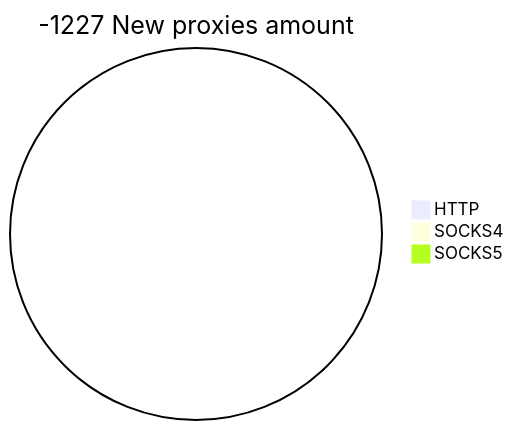
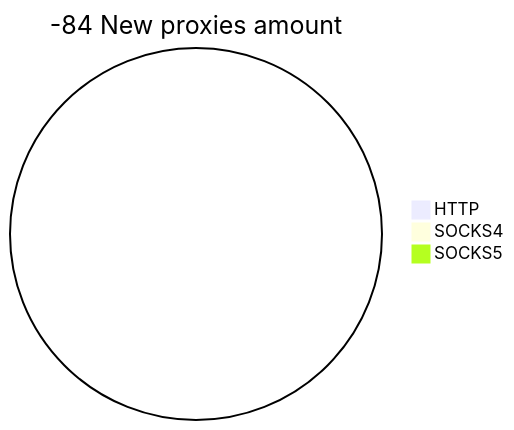
The second of 2 diagrams in README.md (cutipu/proxylist), drawn with Mermaid before and after one commit. The commit also changed other lines of this file, not shown here.

````diff
--- a/README.md
+++ b/README.md
@@ -10,6 +10,6 @@
 ```mermaid
-pie title -1227 New proxies amount
+pie title -84 New proxies amount
     "HTTP" : 0
     "SOCKS4" : 0
     "SOCKS5" : 0
 ```
````
